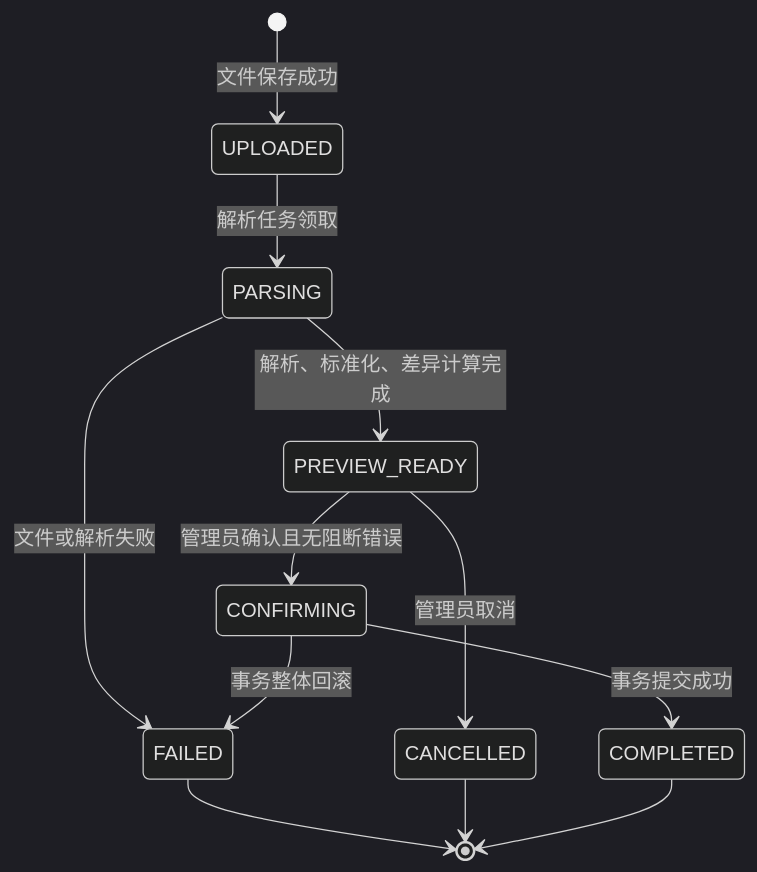
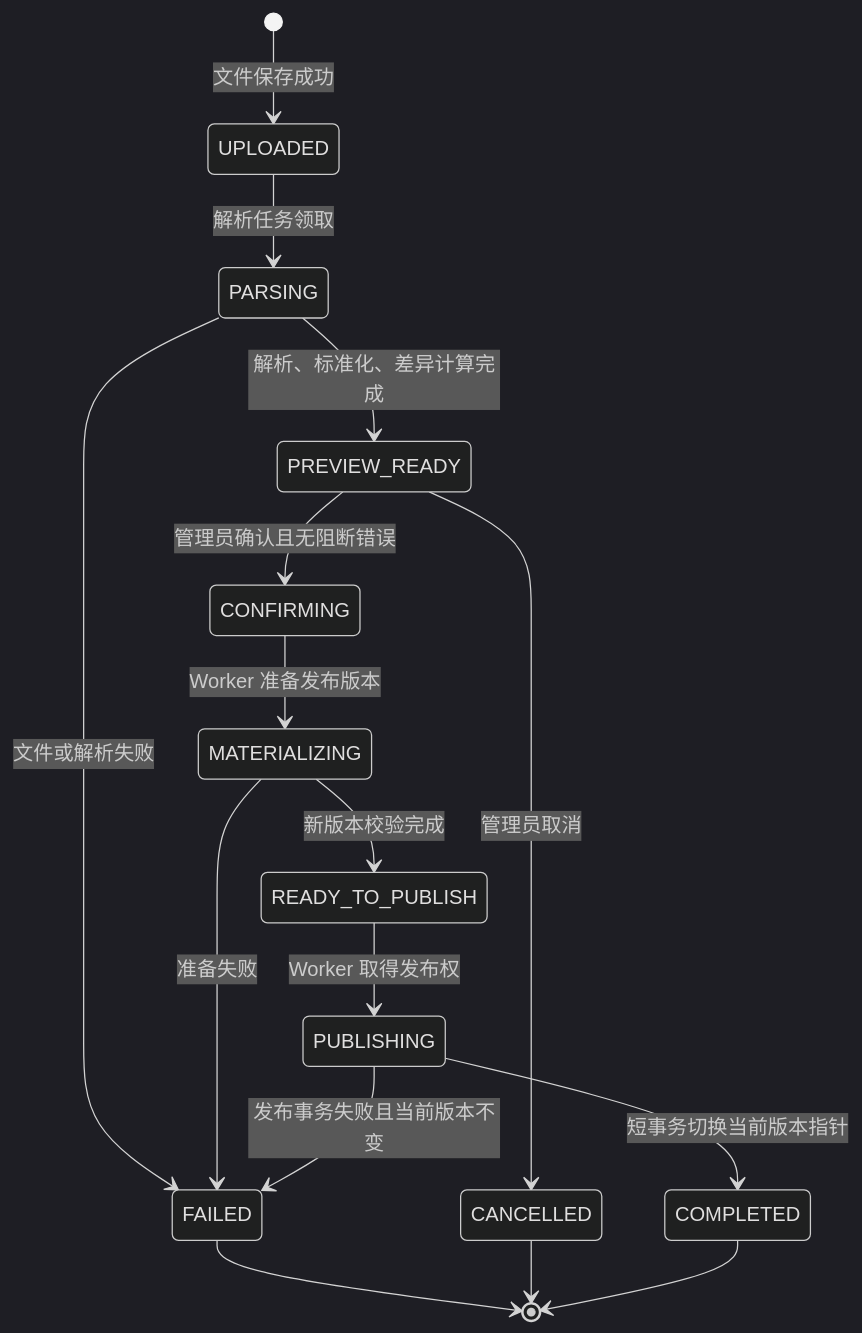
Before and after one commit to ChenWang08/ordershow: the third of 6 diagrams in docs/design/04-state-machines.md, drawn with Mermaid (dark theme). The commit also changed other lines of this file and 17 other files, not shown here.

````diff
--- a/docs/design/04-state-machines.md
+++ b/docs/design/04-state-machines.md
@@ -134,14 +134,18 @@
 ```mermaid
 stateDiagram-v2
   [*] --> UPLOADED: 文件保存成功
   UPLOADED --> PARSING: 解析任务领取
   PARSING --> PREVIEW_READY: 解析、标准化、差异计算完成
   PARSING --> FAILED: 文件或解析失败
   PREVIEW_READY --> CONFIRMING: 管理员确认且无阻断错误
   PREVIEW_READY --> CANCELLED: 管理员取消
-  CONFIRMING --> COMPLETED: 事务提交成功
-  CONFIRMING --> FAILED: 事务整体回滚
+  CONFIRMING --> MATERIALIZING: Worker 准备发布版本
+  MATERIALIZING --> READY_TO_PUBLISH: 新版本校验完成
+  MATERIALIZING --> FAILED: 准备失败
+  READY_TO_PUBLISH --> PUBLISHING: Worker 取得发布权
+  PUBLISHING --> COMPLETED: 短事务切换当前版本指针
+  PUBLISHING --> FAILED: 发布事务失败且当前版本不变
   FAILED --> [*]
   CANCELLED --> [*]
   COMPLETED --> [*]
 ```
````
